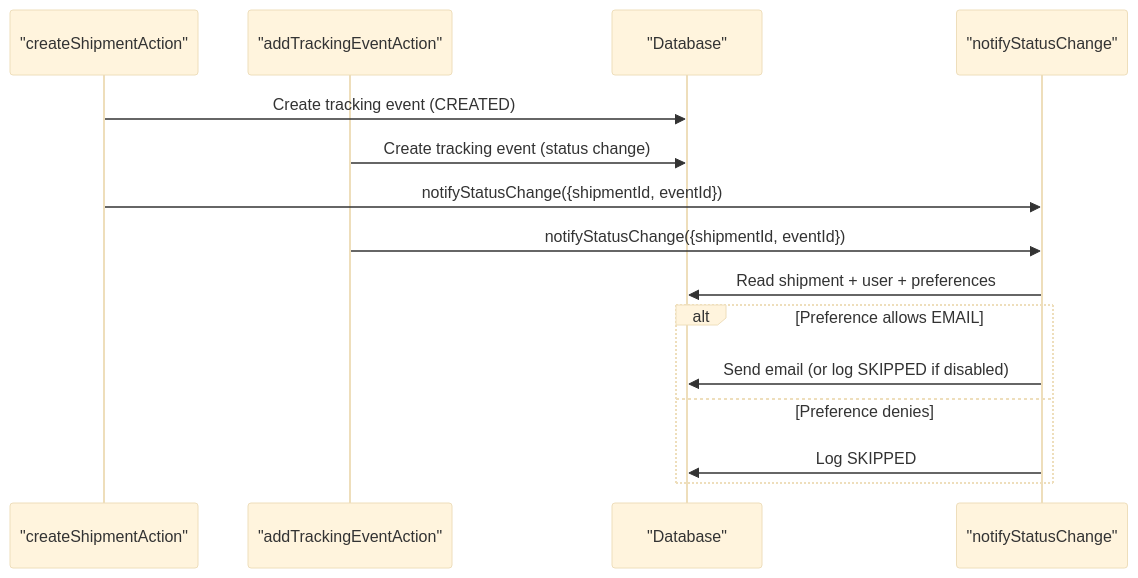
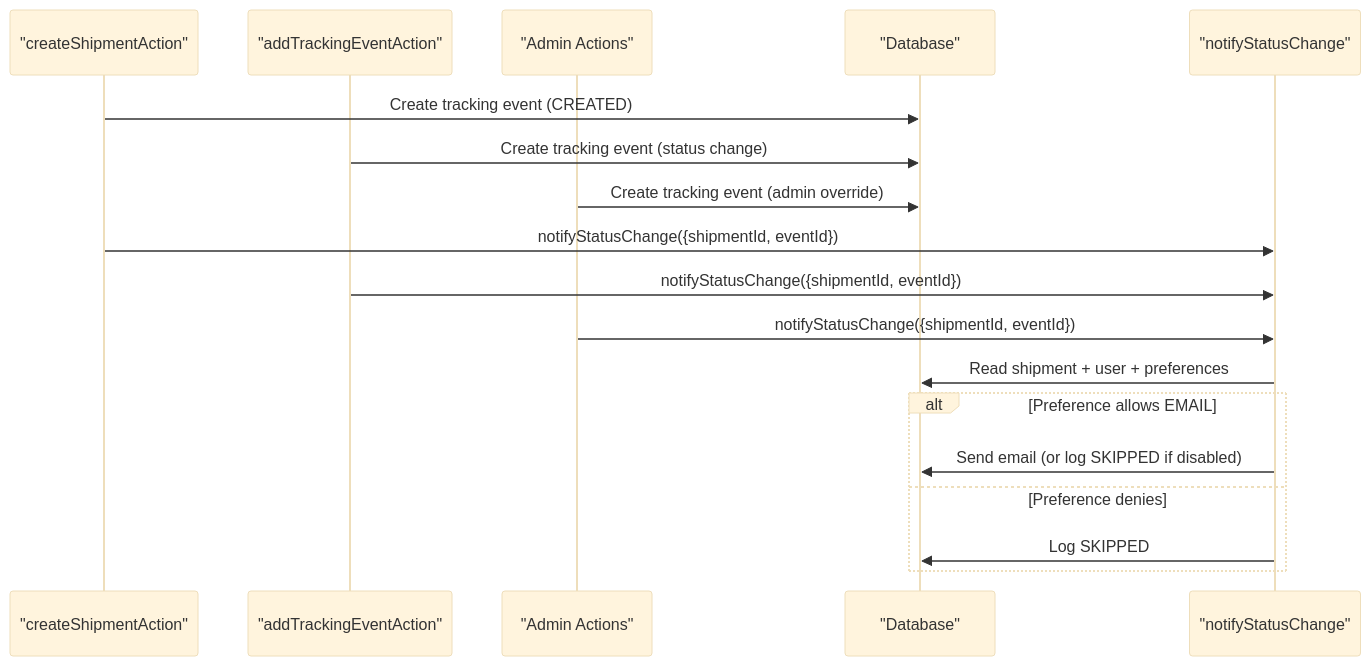
The tenth of 15 diagrams in .qoder/repowiki/en/content/Shipment Management/Shipment Management.md (gyamposudodzi/Timberland), drawn with Mermaid (base theme) before and after one commit. The commit also changed other lines of this file and 78 other files, not shown here.

````diff
--- a/.qoder/repowiki/en/content/Shipment Management/Shipment Management.md
+++ b/.qoder/repowiki/en/content/Shipment Management/Shipment Management.md
@@ -470,17 +510,20 @@
 ```mermaid
 sequenceDiagram
 participant CA as "createShipmentAction"
 participant OPS as "addTrackingEventAction"
+participant ADM as "Admin Actions"
 participant DB as "Database"
 participant N as "notifyStatusChange"
 CA->>DB : Create tracking event (CREATED)
 OPS->>DB : Create tracking event (status change)
+ADM->>DB : Create tracking event (admin override)
 CA->>N : notifyStatusChange({shipmentId, eventId})
 OPS->>N : notifyStatusChange({shipmentId, eventId})
+ADM->>N : notifyStatusChange({shipmentId, eventId})
 N->>DB : Read shipment + user + preferences
 alt Preference allows EMAIL
 N->>DB : Send email (or log SKIPPED if disabled)
 else Preference denies
 N->>DB : Log SKIPPED
 end
 ```
````
